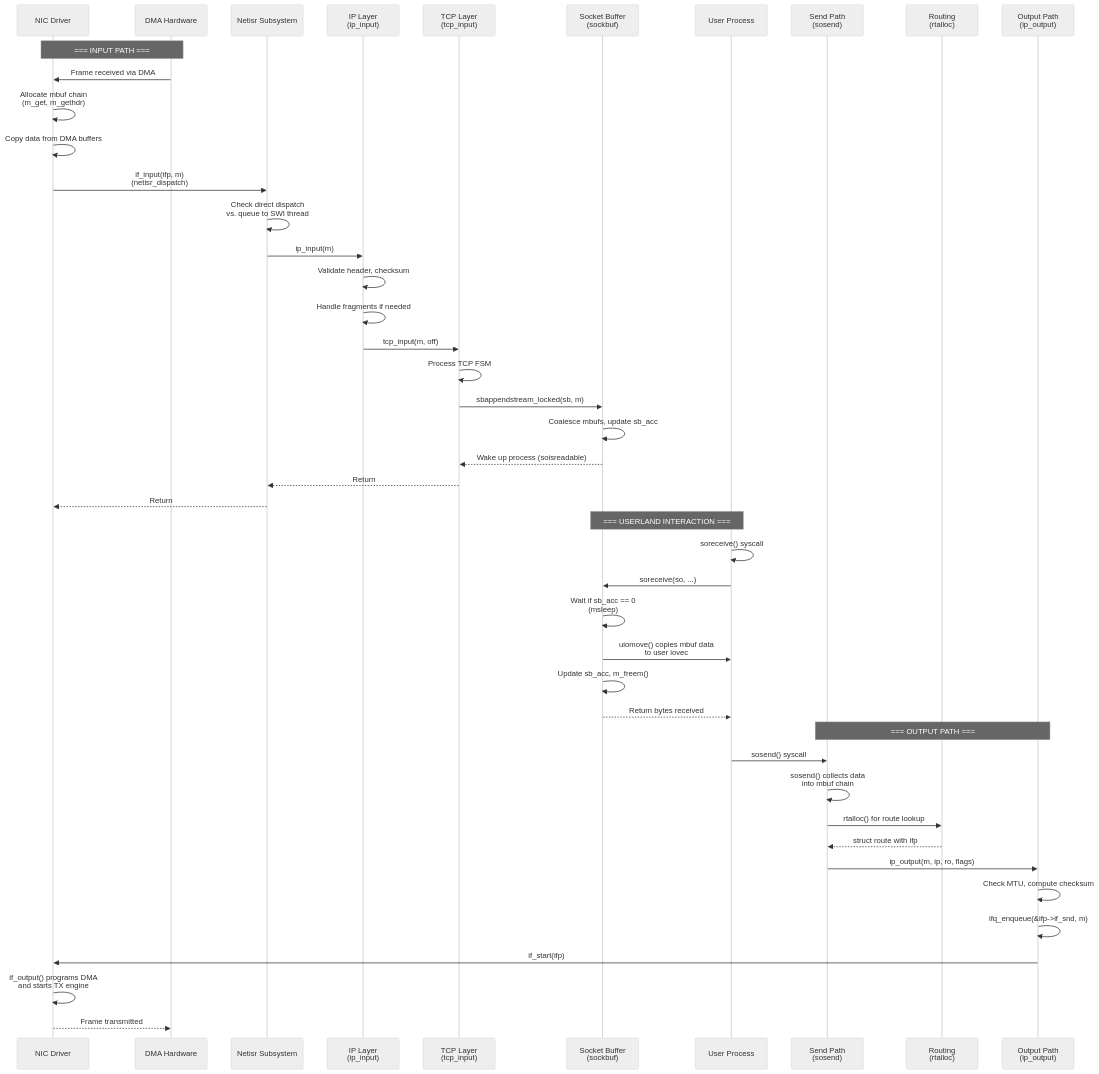
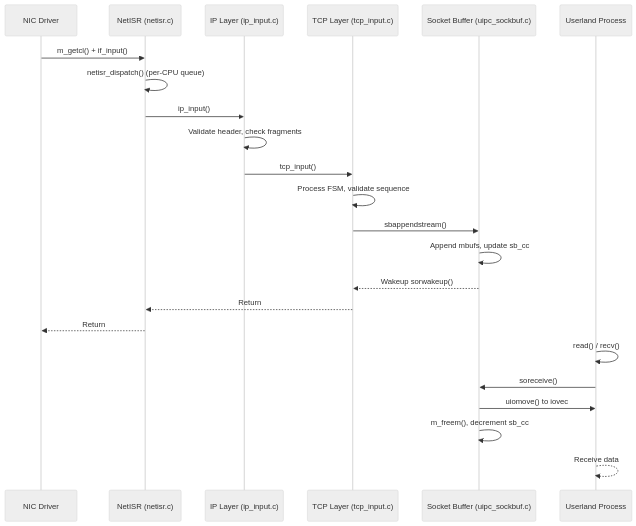
One commit to ocochard/freebsd-src changed the diagram in sys/net/README.md. Above: the diagram before and after it, drawn with Mermaid (neutral theme). The commit also changed other lines of this file and 26 other files, not shown here.

````diff
--- a/sys/net/README.md
+++ b/sys/net/README.md
@@ -389,50 +63,26 @@
 ```mermaid
 sequenceDiagram
     participant NIC as NIC Driver
-    participant DMA as DMA Hardware
-    participant NetISR as Netisr Subsystem
-    participant IP as IP Layer<br/>(ip_input)
-    participant TCP as TCP Layer<br/>(tcp_input)
-    participant SB as Socket Buffer<br/>(sockbuf)
-    participant User as User Process
-    participant Send as Send Path<br/>(sosend)
-    participant Route as Routing<br/>(rtalloc)
-    participant Out as Output Path<br/>(ip_output)
+    participant NetISR as NetISR (netisr.c)
+    participant IP as IP Layer (ip_input.c)
+    participant TCP as TCP Layer (tcp_input.c)
+    participant SB as Socket Buffer (uipc_sockbuf.c)
+    participant User as Userland Process
 
-    Note over NIC,DMA: === INPUT PATH ===
-    DMA->>NIC: Frame received via DMA
-    NIC->>NIC: Allocate mbuf chain<br/>(m_get, m_gethdr)
-    NIC->>NIC: Copy data from DMA buffers
-    NIC->>NetISR: if_input(ifp, m)<br/>(netisr_dispatch)
-    NetISR->>NetISR: Check direct dispatch<br/>vs. queue to SWI thread
-    NetISR->>IP: ip_input(m)
-    IP->>IP: Validate header, checksum
-    IP->>IP: Handle fragments if needed
-    IP->>TCP: tcp_input(m, off)
-    TCP->>TCP: Process TCP FSM
-    TCP->>SB: sbappendstream_locked(sb, m)
-    SB->>SB: Coalesce mbufs, update sb_acc
-    SB-->>TCP: Wake up process (soisreadable)
+    NIC->>NetISR: m_getcl() + if_input()
+    NetISR->>NetISR: netisr_dispatch() (per-CPU queue)
+    NetISR->>IP: ip_input()
+    IP->>IP: Validate header, check fragments
+    IP->>TCP: tcp_input()
+    TCP->>TCP: Process FSM, validate sequence
+    TCP->>SB: sbappendstream()
+    SB->>SB: Append mbufs, update sb_cc
+    SB-->>TCP: Wakeup sorwakeup()
     TCP-->>NetISR: Return
     NetISR-->>NIC: Return
-
-    Note over User,SB: === USERLAND INTERACTION ===
-    User->>User: soreceive() syscall
-    User->>SB: soreceive(so, ...)
-    SB->>SB: Wait if sb_acc == 0<br/>(msleep)
-    SB->>User: uiomove() copies mbuf data<br/>to user iovec
-    SB->>SB: Update sb_acc, m_freem()
-    SB-->>User: Return bytes received
-
-    Note over Send,Out: === OUTPUT PATH ===
-    User->>Send: sosend() syscall
-    Send->>Send: sosend() collects data<br/>into mbuf chain
-    Send->>Route: rtalloc() for route lookup
-    Route-->>Send: struct route with ifp
-    Send->>Out: ip_output(m, ip, ro, flags)
-    Out->>Out: Check MTU, compute checksum
-    Out->>Out: ifq_enqueue(&ifp->if_snd, m)
-    Out->>NIC: if_start(ifp)
-    NIC->>NIC: if_output() programs DMA<br/>and starts TX engine
-    NIC-->>DMA: Frame transmitted
+    User->>User: read() / recv()
+    User->>SB: soreceive()
+    SB->>User: uiomove() to iovec
+    SB->>SB: m_freem(), decrement sb_cc
+    User-->>User: Receive data
 ```
````
